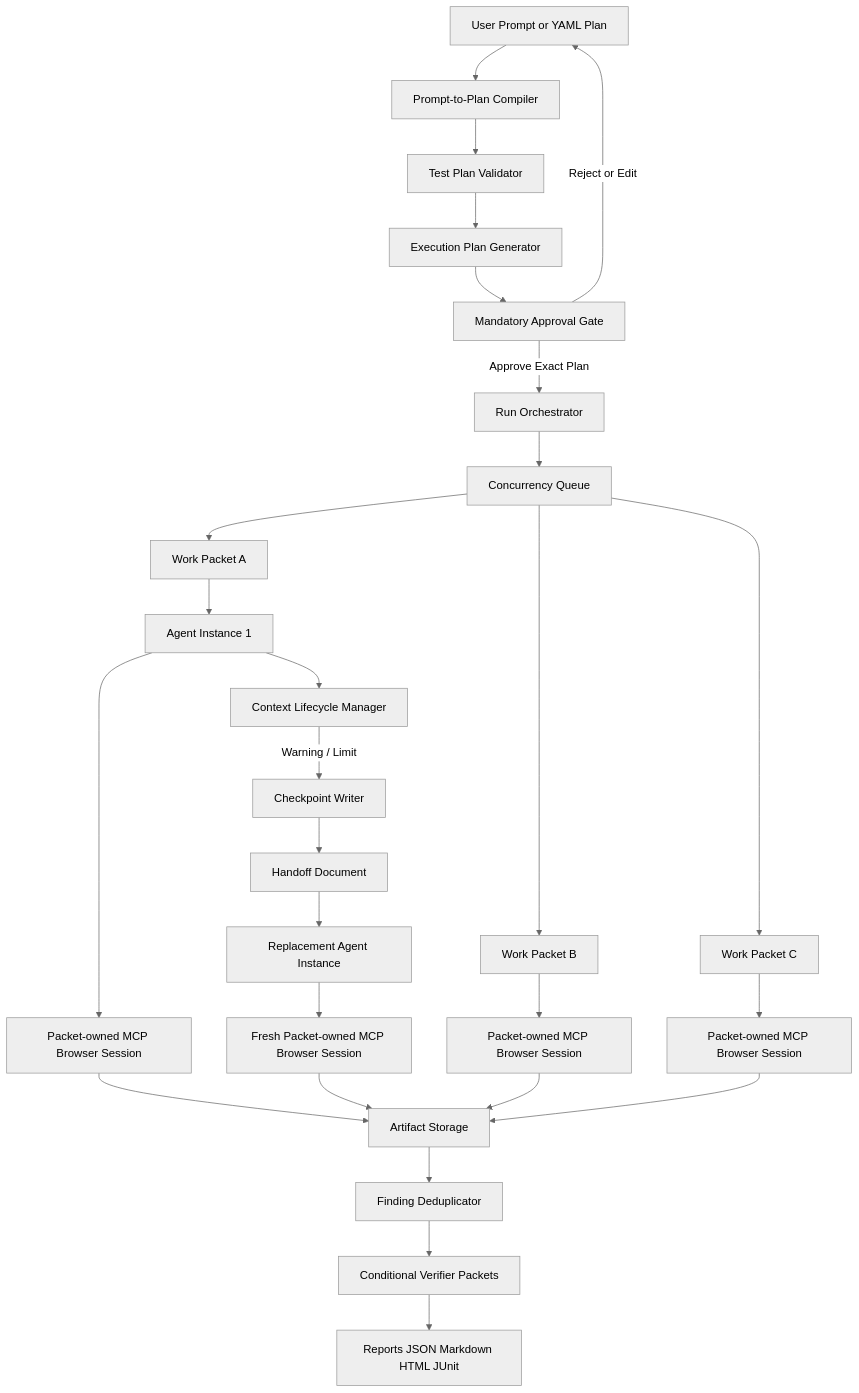
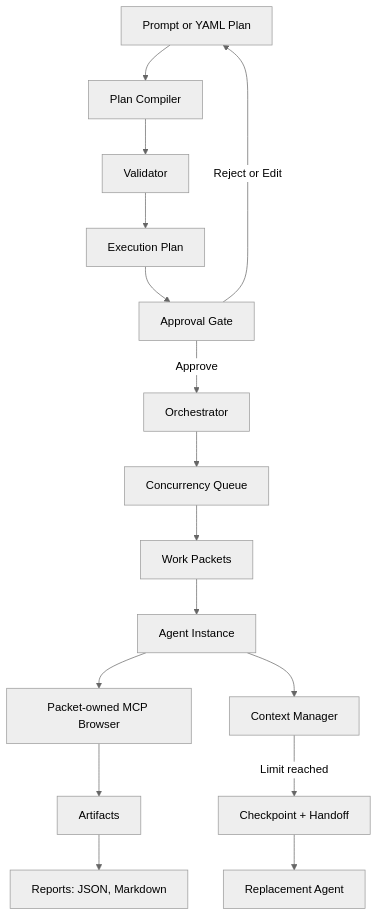
Before and after one commit to LakshmidharKotipalli/testing-automation: the diagram in README.md, drawn with Mermaid (neutral theme). The commit also changed other lines of this file, not shown here.

````diff
--- a/README.md
+++ b/README.md
@@ -53,29 +31,18 @@
 ```mermaid
 flowchart TD
-    U[User Prompt or YAML Plan] --> C[Prompt-to-Plan Compiler]
-    C --> V[Test Plan Validator]
-    V --> E[Execution Plan Generator]
-    E --> A[Mandatory Approval Gate]
+    U[Prompt or YAML Plan] --> C[Plan Compiler]
+    C --> V[Validator]
+    V --> E[Execution Plan]
+    E --> A[Approval Gate]
     A -->|Reject or Edit| U
-    A -->|Approve Exact Plan| O[Run Orchestrator]
+    A -->|Approve| O[Orchestrator]
     O --> Q[Concurrency Queue]
-    Q --> W1[Work Packet A]
-    Q --> W2[Work Packet B]
-    Q --> W3[Work Packet C]
-    W1 --> I1[Agent Instance 1]
-    I1 --> B1[Packet-owned MCP Browser Session]
-    I1 --> M[Context Lifecycle Manager]
-    M -->|Warning / Limit| CP[Checkpoint Writer]
-    CP --> H[Handoff Document]
-    H --> I2[Replacement Agent Instance]
-    I2 --> B2[Fresh Packet-owned MCP Browser Session]
-    W2 --> B3[Packet-owned MCP Browser Session]
-    W3 --> B4[Packet-owned MCP Browser Session]
-    B1 --> S[Artifact Storage]
-    B2 --> S
-    B3 --> S
-    B4 --> S
-    S --> D[Finding Deduplicator]
-    D --> VR[Conditional Verifier Packets]
-    VR --> R[Reports JSON Markdown HTML JUnit]
+    Q --> W[Work Packets]
+    W --> I[Agent Instance]
+    I --> B[Packet-owned MCP Browser]
+    I --> M[Context Manager]
+    M -->|Limit reached| H[Checkpoint + Handoff]
+    H --> I2[Replacement Agent]
+    B --> S[Artifacts]
+    S --> R[Reports: JSON, Markdown]
 ```
````
